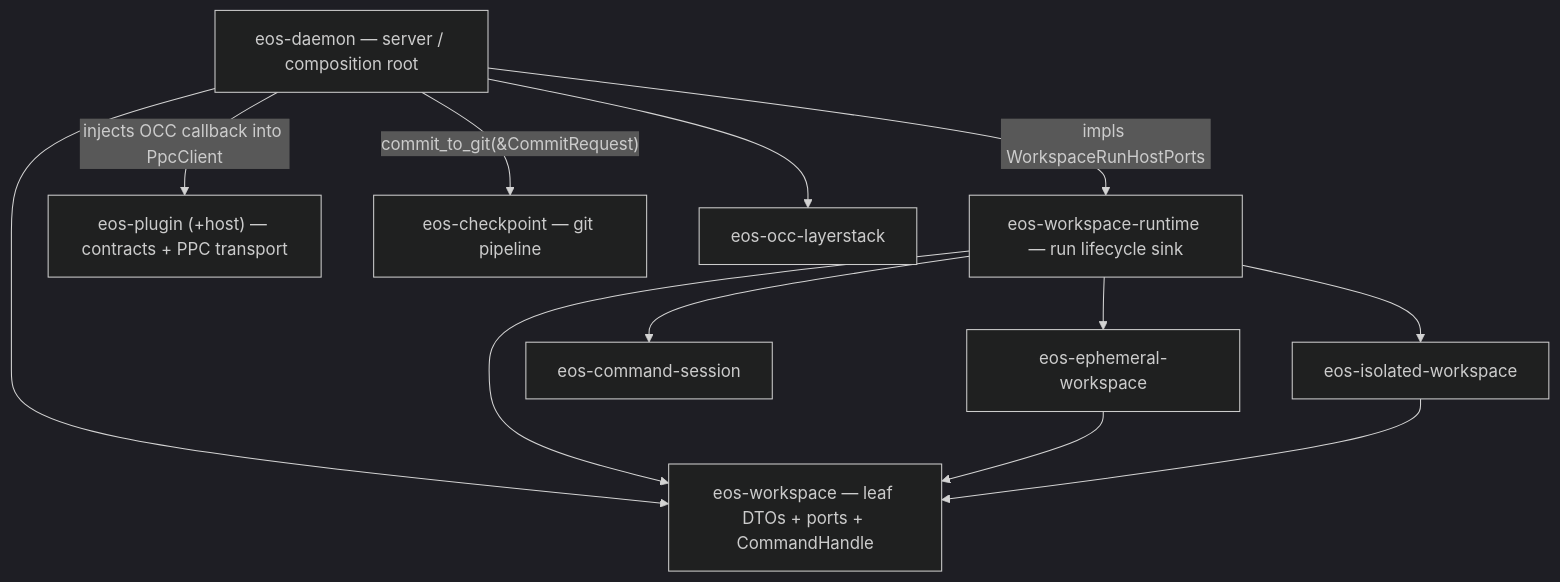
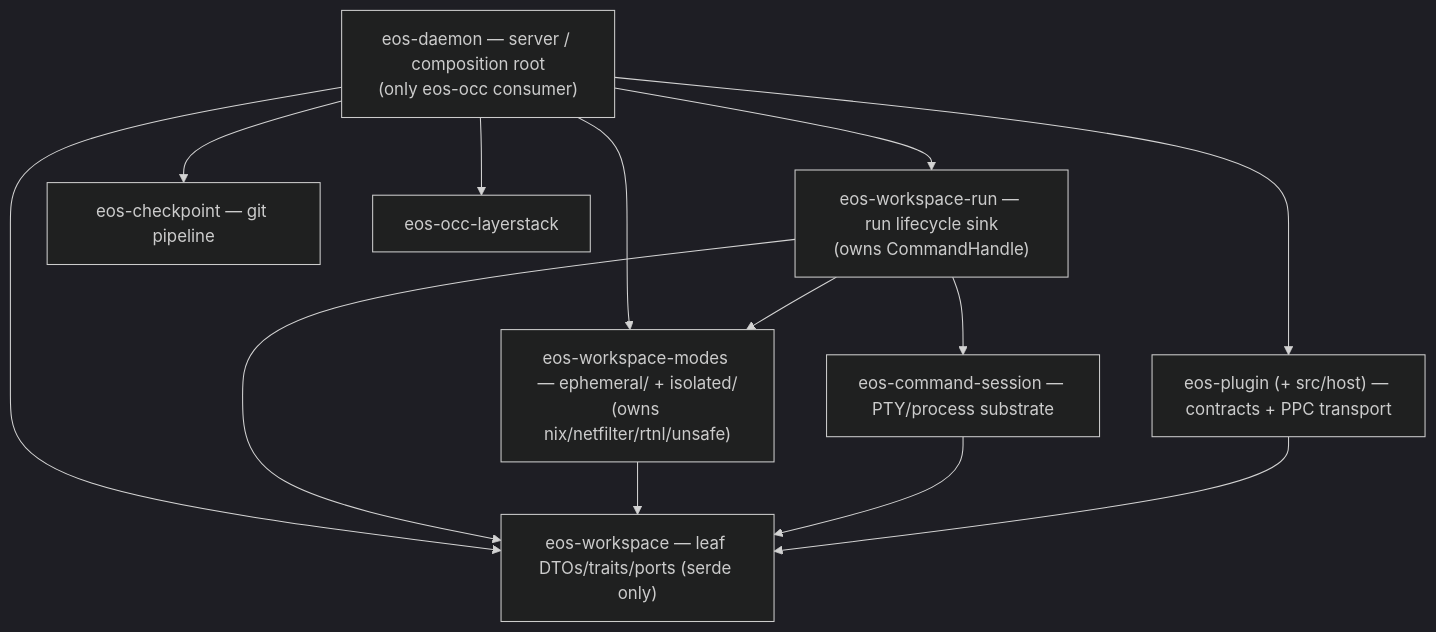
Before and after one commit to Ephemeral-AI-Lab/ephemeral-os: the diagram in docs/plans/eos_daemon_srp_optimization_PLAN.md, drawn with Mermaid (dark theme). The commit also changed other lines of this file and 228 other files, not shown here.

Commit message:
Move shared contracts and fold plugin host

````diff
--- a/docs/plans/eos_daemon_srp_optimization_PLAN.md
+++ b/docs/plans/eos_daemon_srp_optimization_PLAN.md
@@ -67,21 +62,17 @@
 ```mermaid
 flowchart TD
-    D["eos-daemon — server / composition root"]
-    RT["eos-workspace-runtime — run lifecycle sink"]
-    PL["eos-plugin (+host) — contracts + PPC transport"]
+    D["eos-daemon — server / composition root<br/>(only eos-occ consumer)"]
+    RUN["eos-workspace-run — run lifecycle sink<br/>(owns CommandHandle)"]
+    MODES["eos-workspace-modes — ephemeral/ + isolated/<br/>(owns nix/netfilter/rtnl/unsafe)"]
+    PL["eos-plugin (+ src/host) — contracts + PPC transport"]
     CK["eos-checkpoint — git pipeline"]
-    EPH["eos-ephemeral-workspace"]
-    ISO["eos-isolated-workspace"]
-    CMD["eos-command-session"]
+    CMD["eos-command-session — PTY/process substrate"]
     OCC["eos-occ-layerstack"]
-    WS["eos-workspace — leaf DTOs + ports + CommandHandle"]
+    WS["eos-workspace — leaf DTOs/traits/ports (serde only)"]
 
-    D -- "impls WorkspaceRunHostPorts" --> RT
-    D -- "injects OCC callback into PpcClient" --> PL
-    D -- "commit_to_git(&CommitRequest)" --> CK
-    D --> OCC
-    D --> WS
-    RT --> EPH & ISO & CMD & WS
-    EPH --> WS
-    ISO --> WS
+    D --> RUN & PL & CK & MODES & OCC & WS
+    RUN --> MODES & CMD & WS
+    MODES --> WS
+    CMD --> WS
+    PL --> WS
 ```
````
